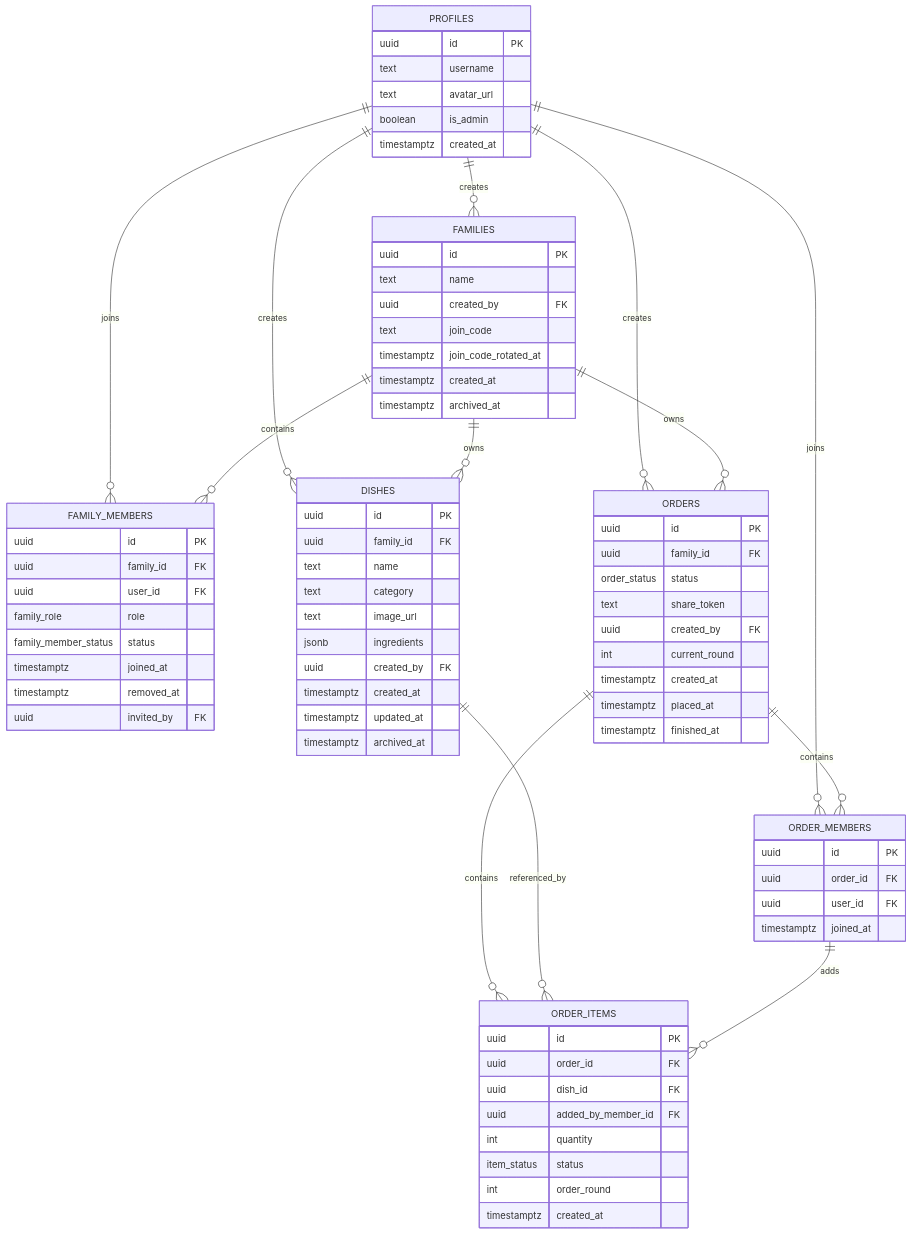
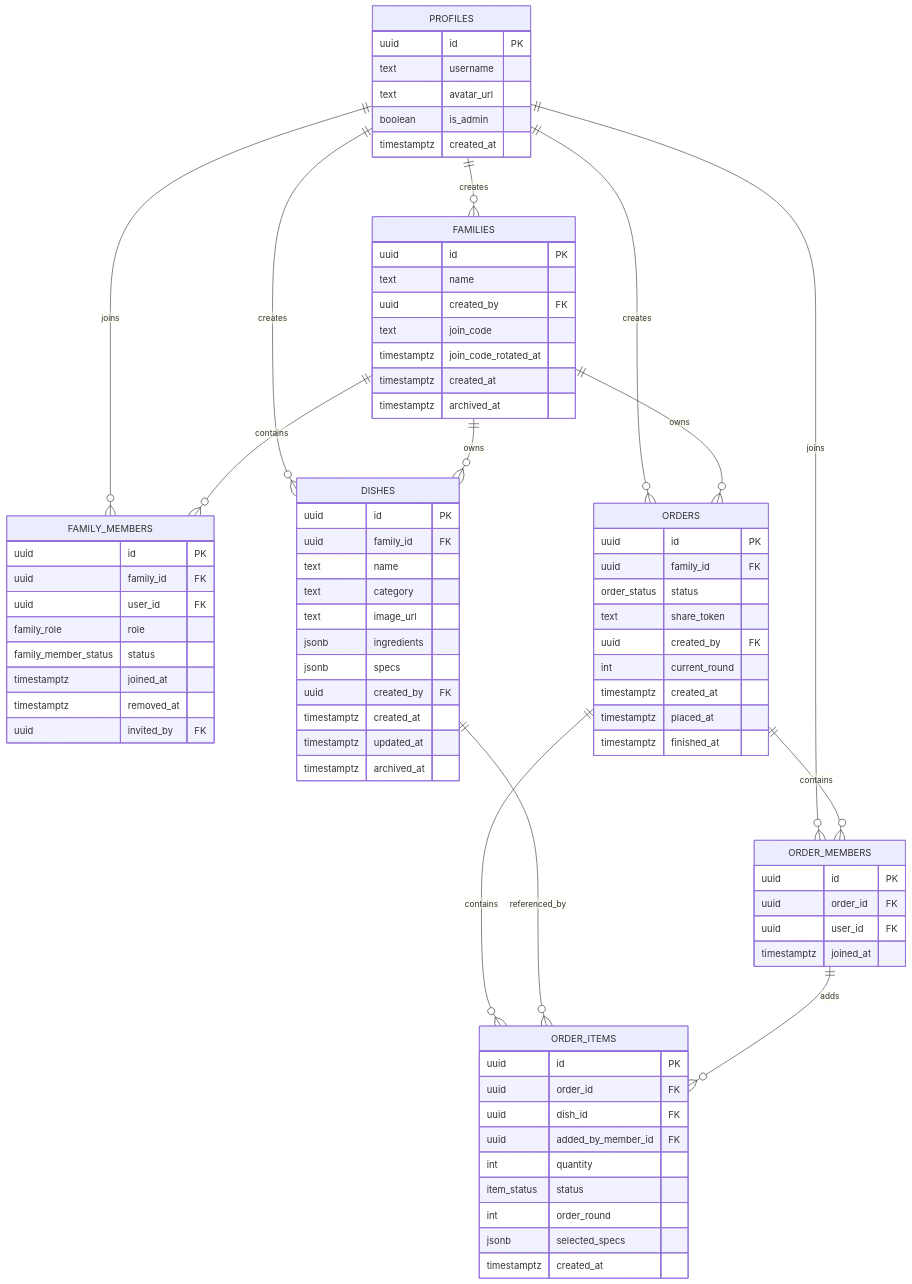
One commit to EvilIrving/family-concept changed the diagram in docs/family_v1_design.md. Above: the diagram before and after it, drawn with Mermaid. The commit also changed other lines of this file and 12 other files, not shown here.

```diff
--- a/docs/family_v1_design.md
+++ b/docs/family_v1_design.md
@@ -247,6 +252,7 @@
         text category
         text image_url
         jsonb ingredients
+        jsonb specs
         uuid created_by FK
         timestamptz created_at
         timestamptz updated_at
@@ -280,6 +286,7 @@
         int quantity
         item_status status
         int order_round
+        jsonb selected_specs
         timestamptz created_at
     }
 
```
